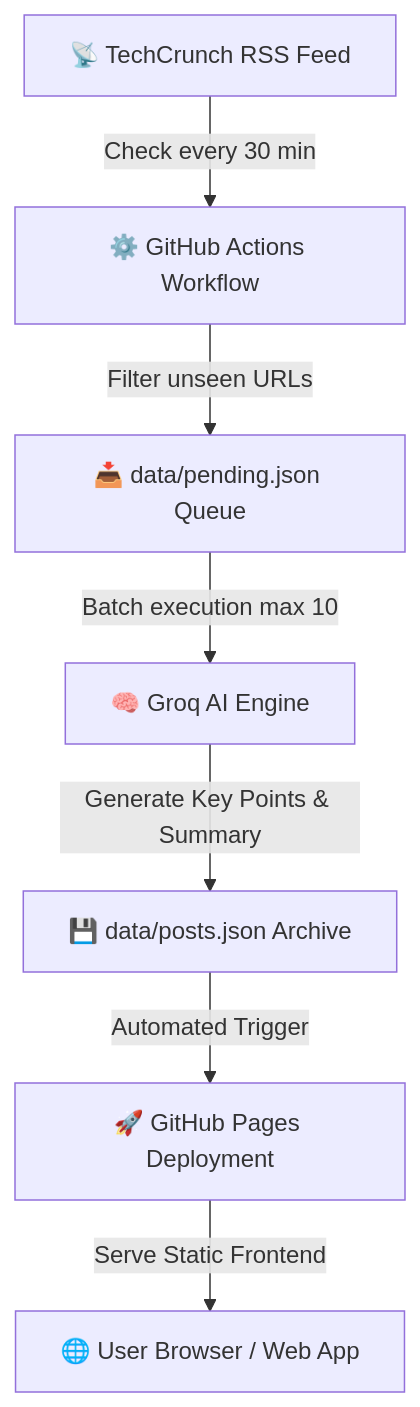
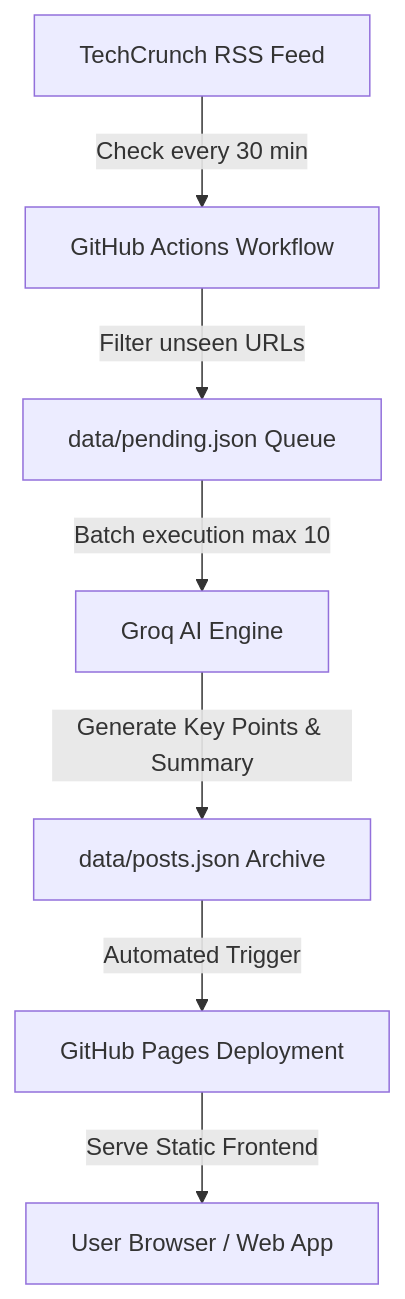
One commit to rutaabali3/TECHNEWS_404 changed the diagram in README.md. Above: the diagram before and after it, drawn with Mermaid. The commit also changed other lines of this file, not shown here.

````diff
--- a/README.md
+++ b/README.md
@@ -36,9 +36,9 @@
 ```mermaid
 flowchart TD
-    A[📡 TechCrunch RSS Feed] -->|Check every 30 min| B[⚙️ GitHub Actions Workflow]
-    B -->|Filter unseen URLs| C[📥 data/pending.json Queue]
-    C -->|Batch execution max 10| D[🧠 Groq AI Engine]
-    D -->|Generate Key Points & Summary| E[💾 data/posts.json Archive]
-    E -->|Automated Trigger| F[🚀 GitHub Pages Deployment]
-    F -->|Serve Static Frontend| G[🌐 User Browser / Web App]
+    A[TechCrunch RSS Feed] -->|Check every 30 min| B[GitHub Actions Workflow]
+    B -->|Filter unseen URLs| C[data/pending.json Queue]
+    C -->|Batch execution max 10| D[Groq AI Engine]
+    D -->|Generate Key Points & Summary| E[data/posts.json Archive]
+    E -->|Automated Trigger| F[GitHub Pages Deployment]
+    F -->|Serve Static Frontend| G[User Browser / Web App]
 ```
````
